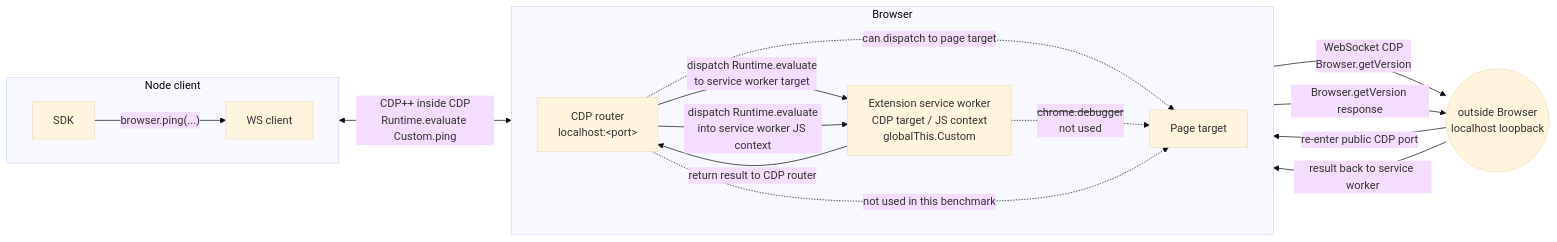
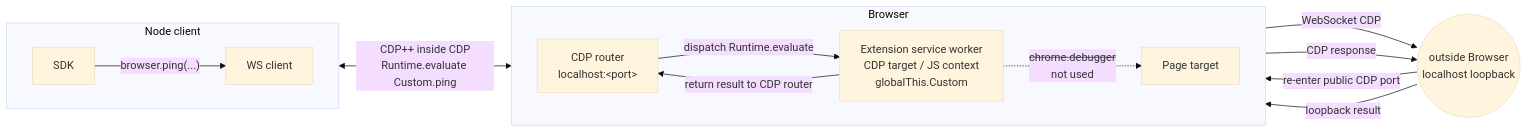
One commit to pirate/chrome-cdp-extension-bridge changed the third of 4 diagrams in README.md. Above: the diagram before and after it, drawn with Mermaid (base theme). The commit also changed other lines of this file, not shown here.

Commit message:
Simplify smuggled flow diagrams

````diff
--- a/README.md
+++ b/README.md
@@ -102,30 +102,27 @@
 ```mermaid
 flowchart LR
   subgraph Node["Node client"]
     direction LR
     SDK["SDK"]
     WS["WS client"]
     SDK -->|"browser.ping(...)"| WS
   end
 
   subgraph Browser["Browser"]
     direction LR
     CDP["CDP router<br/>localhost:&lt;port&gt;"]
     SW["Extension service worker<br/>CDP target / JS context<br/>globalThis.Custom"]
     Page["Page target"]
-    CDP -->|"dispatch Runtime.evaluate<br/>to service worker target"| SW
-    CDP -. "can dispatch to page target" .-> Page
+    CDP -->|"dispatch Runtime.evaluate"| SW
     SW -. "<s>chrome.debugger</s><br/>not used" .-> Page
   end
 
   Loop(("outside Browser<br/>localhost loopback"))
 
   WS <-->|"CDP++ inside CDP<br/>Runtime.evaluate Custom.ping"| CDP
-  CDP -->|"dispatch Runtime.evaluate<br/>into service worker JS context"| SW
-  SW -->|"WebSocket CDP<br/>Browser.getVersion"| Loop
+  SW -->|"WebSocket CDP"| Loop
   Loop -->|"re-enter public CDP port"| CDP
-  CDP -->|"Browser.getVersion response"| Loop
-  Loop -->|"result back to service worker"| SW
+  CDP -->|"CDP response"| Loop
+  Loop -->|"loopback result"| SW
   SW -->|"return result to CDP router"| CDP
-  CDP -. "not used in this benchmark" .-> Page
 ```
````
